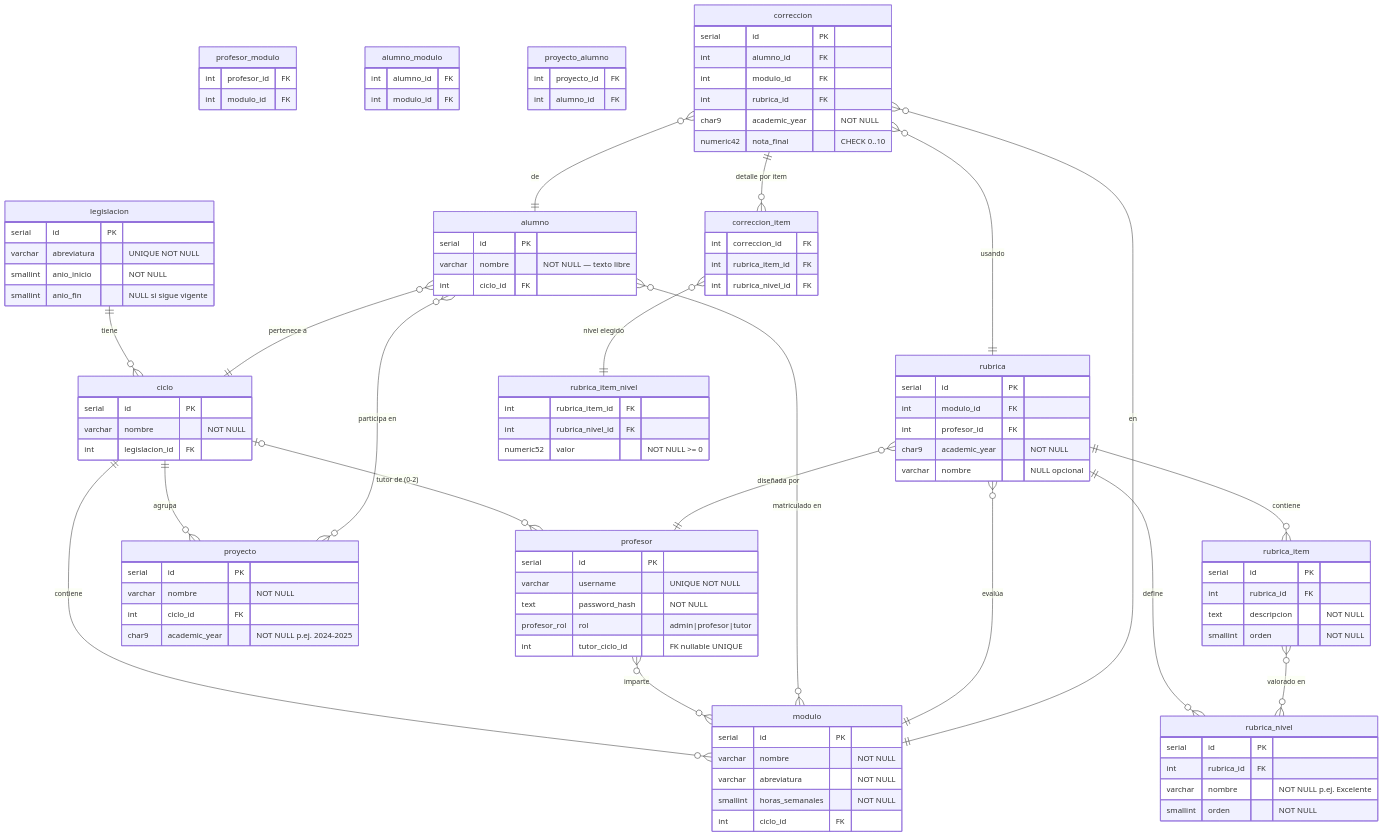
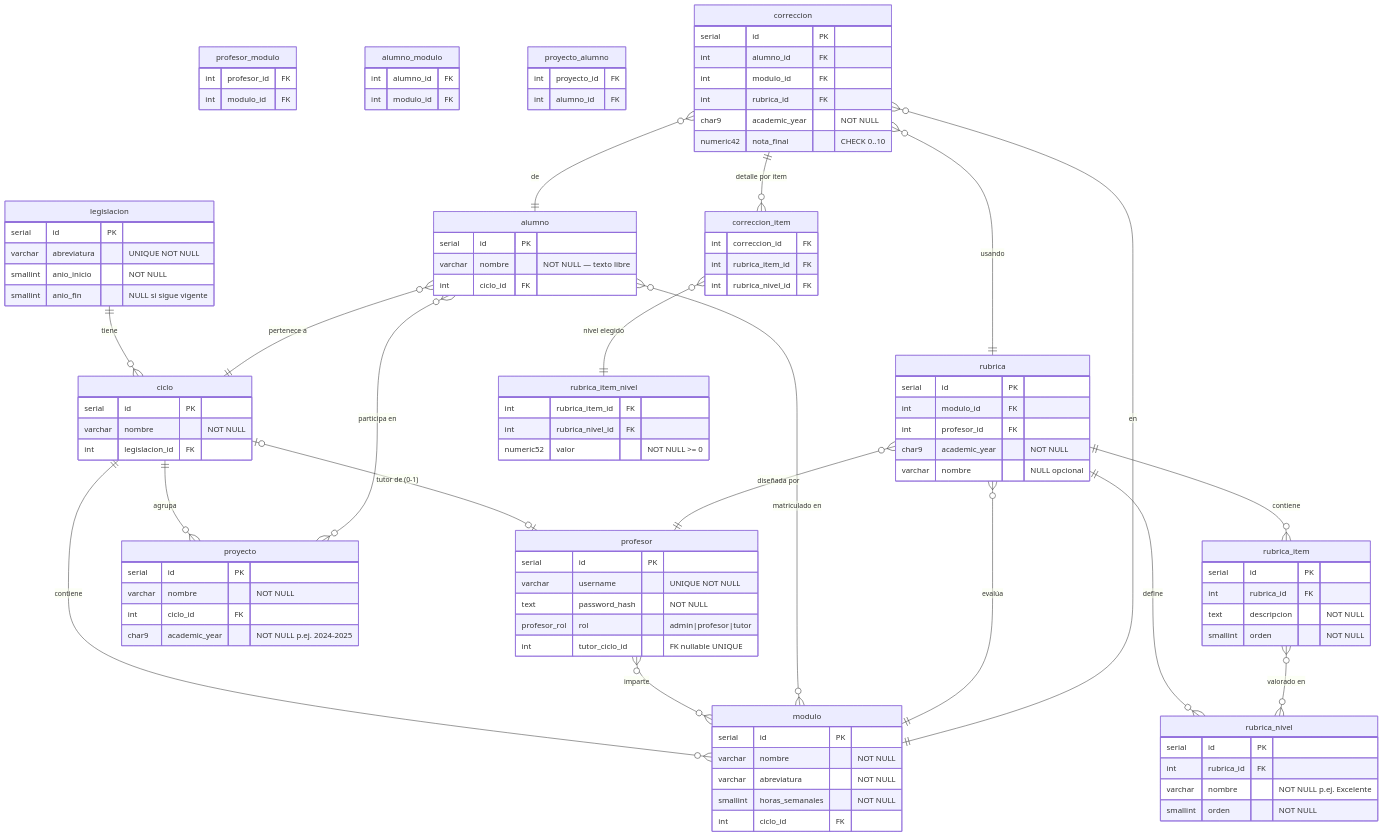
Before and after one commit to dbetancorfp/CORRECTOR_DE_PROYECTOS: the diagram in corrector/00-database-design/db-diagram.md, drawn with Mermaid. The commit also changed other lines of this file and 5 other files, not shown here.

First line of the commit message:
fix(db): correct tutor-per-ciclo constraint from 2 to 1

```diff
--- a/corrector/00-database-design/db-diagram.md
+++ b/corrector/00-database-design/db-diagram.md
@@ -105,7 +105,7 @@
     legislacion    ||--o{    ciclo              : "tiene"
     ciclo          ||--o{    modulo             : "contiene"
     ciclo          ||--o{    proyecto           : "agrupa"
-    ciclo          o|--o{    profesor           : "tutor de (0-2)"
+    ciclo          o|--o|    profesor           : "tutor de (0-1)"
     profesor       }o--o{    modulo             : "imparte"
     alumno         }o--||    ciclo              : "pertenece a"
     alumno         }o--o{    modulo             : "matriculado en"
```
